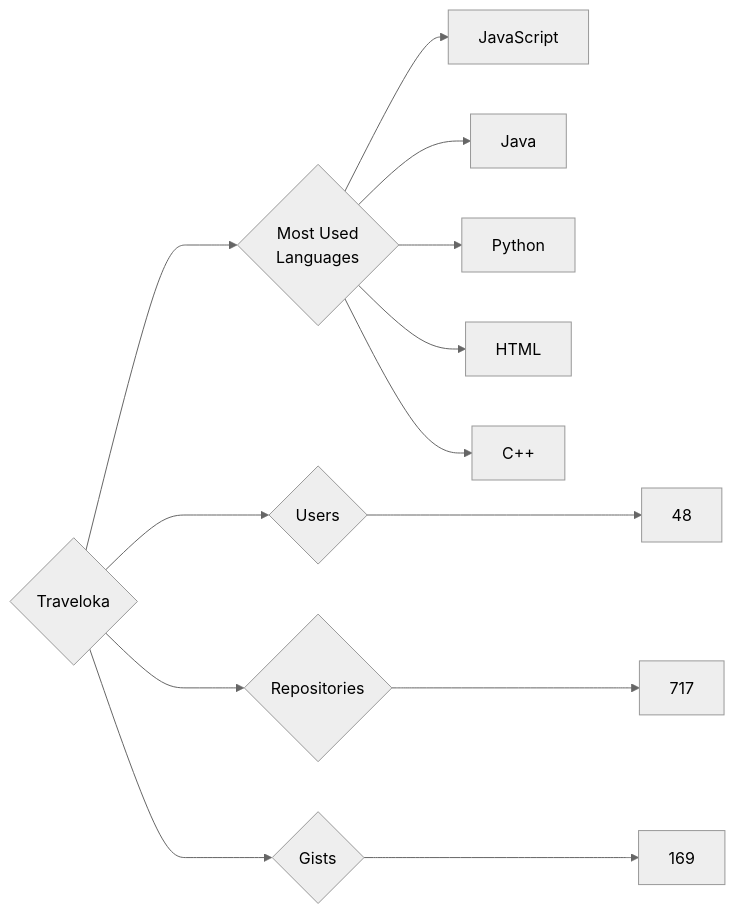
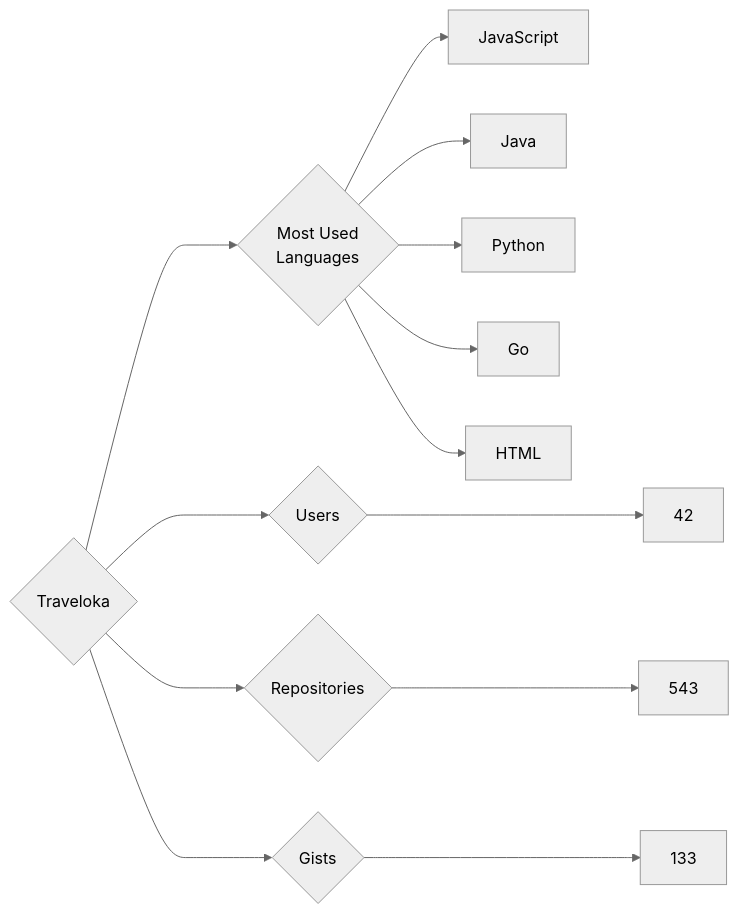
One commit to trickest/insiders changed the diagram in targets/Traveloka/README.md. Above: the diagram before and after it, drawn with Mermaid (neutral theme). The commit also changed 939 other files, not shown here.

````diff
--- a/targets/Traveloka/README.md
+++ b/targets/Traveloka/README.md
@@ -3,13 +3,13 @@
 ```mermaid
 graph LR
 COMPANY_NAME{Traveloka}
-COMPANY_NAME ---> U{Users} ---> UN[48]
-COMPANY_NAME ---> R{Repositories} ---> RN[717]
-COMPANY_NAME ---> G{Gists} ---> GN[169]
+COMPANY_NAME ---> U{Users} ---> UN[42]
+COMPANY_NAME ---> R{Repositories} ---> RN[543]
+COMPANY_NAME ---> G{Gists} ---> GN[133]
 COMPANY_NAME ---> ML{Most Used<br>Languages}
 ML --> JavaScript[JavaScript]
 ML --> Java[Java]
 ML --> Python[Python]
+ML --> Go[Go]
 ML --> HTML[HTML]
-ML --> C++[C++]
 ```
````
